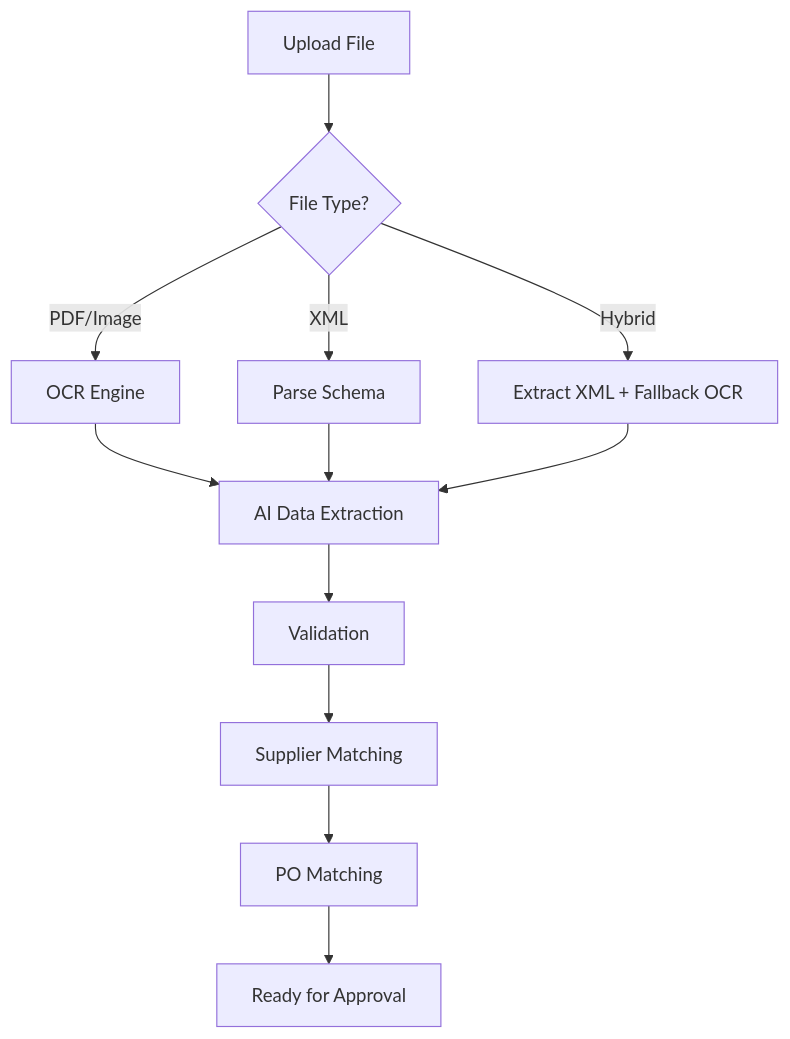
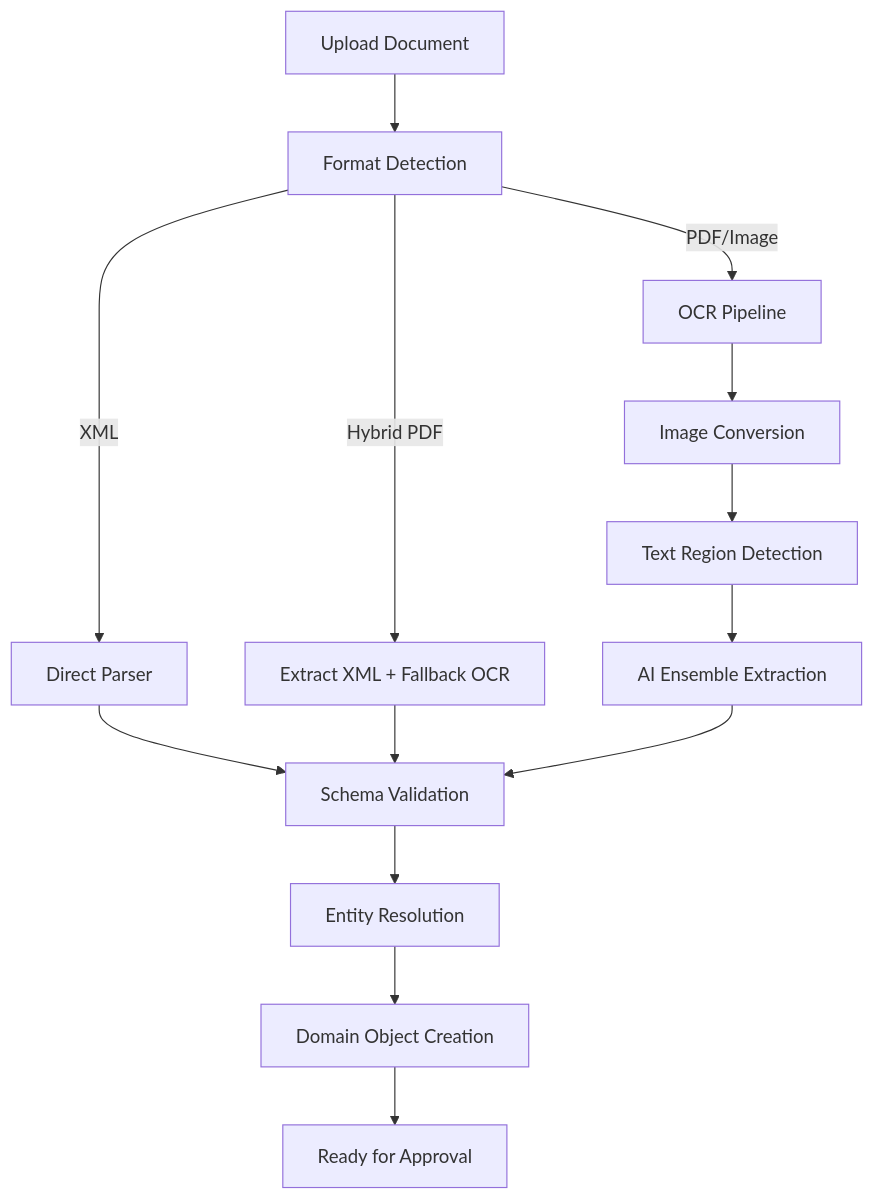
Before and after one commit to FlowieAI/docs: the first of 2 diagrams in concepts/invoices.mdx, drawn with Mermaid. The commit also changed other lines of this file and 2 other files, not shown here.

First line of the commit message:
Add AI pipeline documentation from AI repo

````diff
--- a/concepts/invoices.mdx
+++ b/concepts/invoices.mdx
@@ -55,14 +45,19 @@
 ```mermaid
 graph TD
-    A[Upload File] --> B{File Type?}
-    B -->|PDF/Image| C[OCR Engine]
-    B -->|XML| D[Parse Schema]
-    B -->|Hybrid| E[Extract XML + Fallback OCR]
-    C --> F[AI Data Extraction]
-    D --> F
-    E --> F
-    F --> G[Validation]
-    G --> H[Supplier Matching]
-    H --> I[PO Matching]
-    I --> J[Ready for Approval]
+    A[Upload Document] --> B[Format Detection]
+    B -->|PDF/Image| C[OCR Pipeline]
+    B -->|XML| D[Direct Parser]
+    B -->|Hybrid PDF| E[Extract XML + Fallback OCR]
+    
+    C --> F[Image Conversion]
+    F --> G[Text Region Detection]
+    G --> H[AI Ensemble Extraction]
+    
+    D --> I[Schema Validation]
+    E --> I
+    H --> I
+    
+    I --> J[Entity Resolution]
+    J --> K[Domain Object Creation]
+    K --> L[Ready for Approval]
 ```
````
